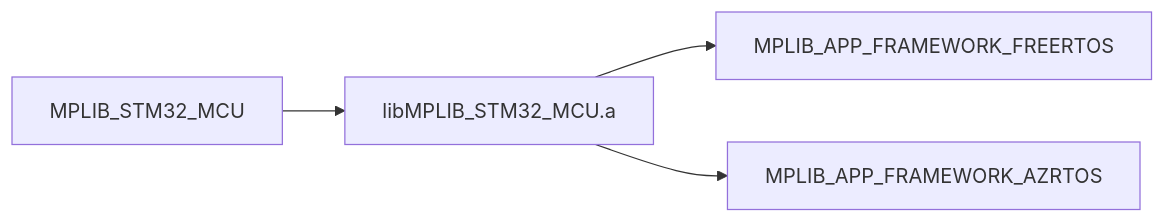
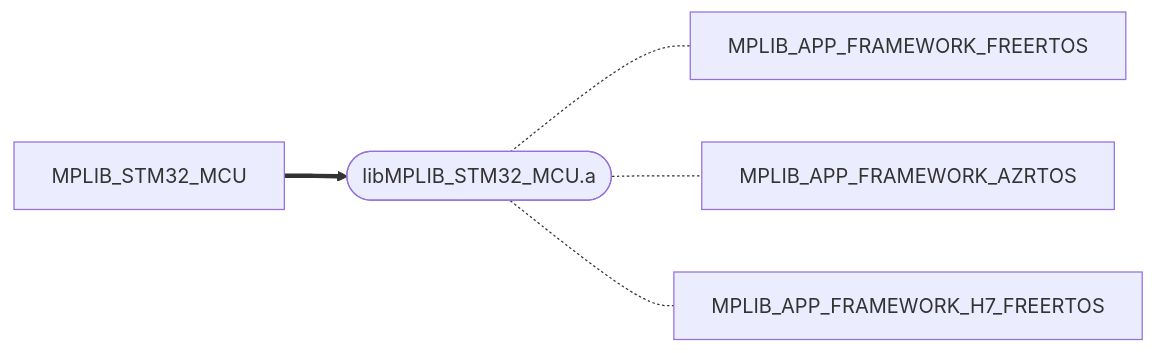
The first of 4 diagrams in README.md (packetqc/MPLIB), drawn with Mermaid before and after one commit. The commit also changed other lines of this file and 5 other files, not shown here.

````diff
--- a/README.md
+++ b/README.md
@@ -27,5 +22,7 @@
 ```mermaid
 flowchart LR
-  MPLIB_STM32_MCU --> libMPLIB_STM32_MCU.a --> MPLIB_APP_FRAMEWORK_FREERTOS
-  libMPLIB_STM32_MCU.a --> MPLIB_APP_FRAMEWORK_AZRTOS
+  MPLIB_STM32_MCU ==> lib1([libMPLIB_STM32_MCU.a]) 
+  lib1([libMPLIB_STM32_MCU.a]) -.- MPLIB_APP_FRAMEWORK_FREERTOS
+  lib1([libMPLIB_STM32_MCU.a]) -.- MPLIB_APP_FRAMEWORK_AZRTOS
+  lib1([libMPLIB_STM32_MCU.a]) -.- MPLIB_APP_FRAMEWORK_H7_FREERTOS
 ```
````
